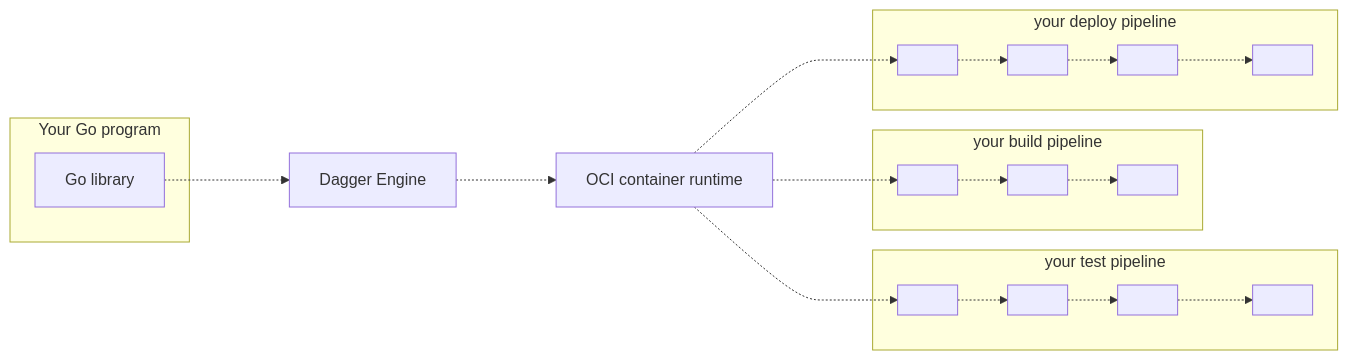
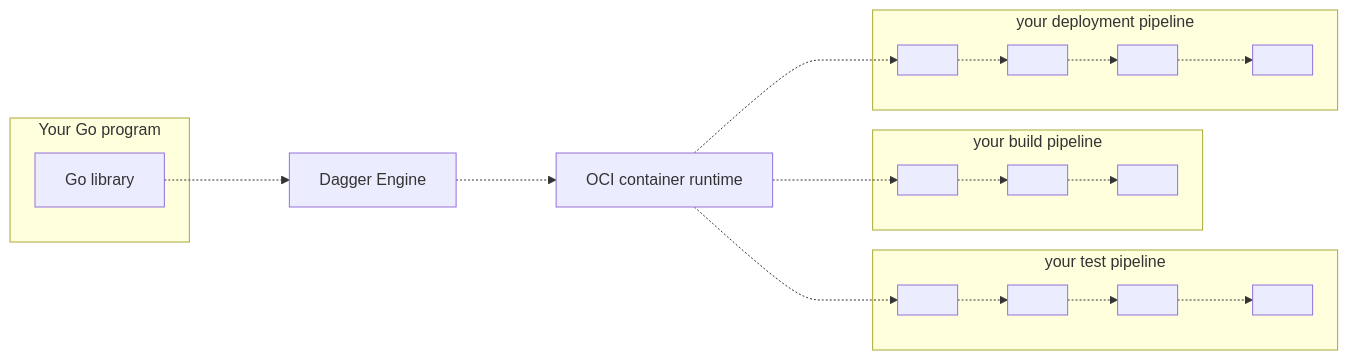
Before and after one commit to dagger/dagger: the diagram in docs/current/sdk/go/440319-index.md, drawn with Mermaid. The commit also changed other lines of this file and 1 other file, not shown here.

First line of the commit message:
docs: Fix punctuation in lists, update diagram

````diff
--- a/docs/current/sdk/go/440319-index.md
+++ b/docs/current/sdk/go/440319-index.md
@@ -41,22 +41,22 @@
 ```mermaid
 graph LR;
 
 subgraph program["Your Go program"]
   lib["Go library"]
 end
 
 engine["Dagger Engine"]
 
 oci["OCI container runtime"]
 subgraph A["your build pipeline"]
   A1[" "] -.-> A2[" "] -.-> A3[" "]
 end
 subgraph B["your test pipeline"]
   B1[" "] -.-> B2[" "] -.-> B3[" "] -.-> B4[" "]
 end
-subgraph C["your deploy pipeline"]
+subgraph C["your deployment pipeline"]
   C1[" "] -.-> C2[" "] -.-> C3[" "] -.-> C4[" "]
 end
 
 lib -..-> engine -..-> oci -..-> A1 & B1 & C1
 ```
````
